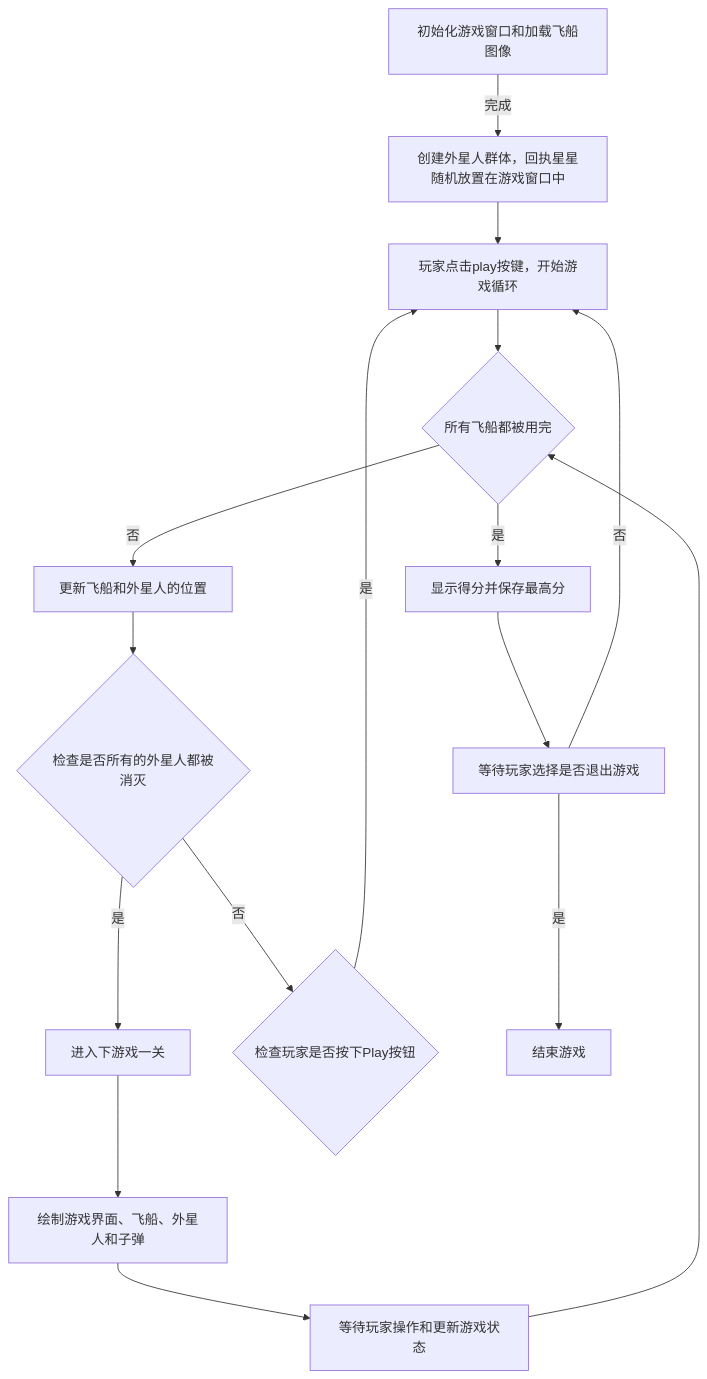
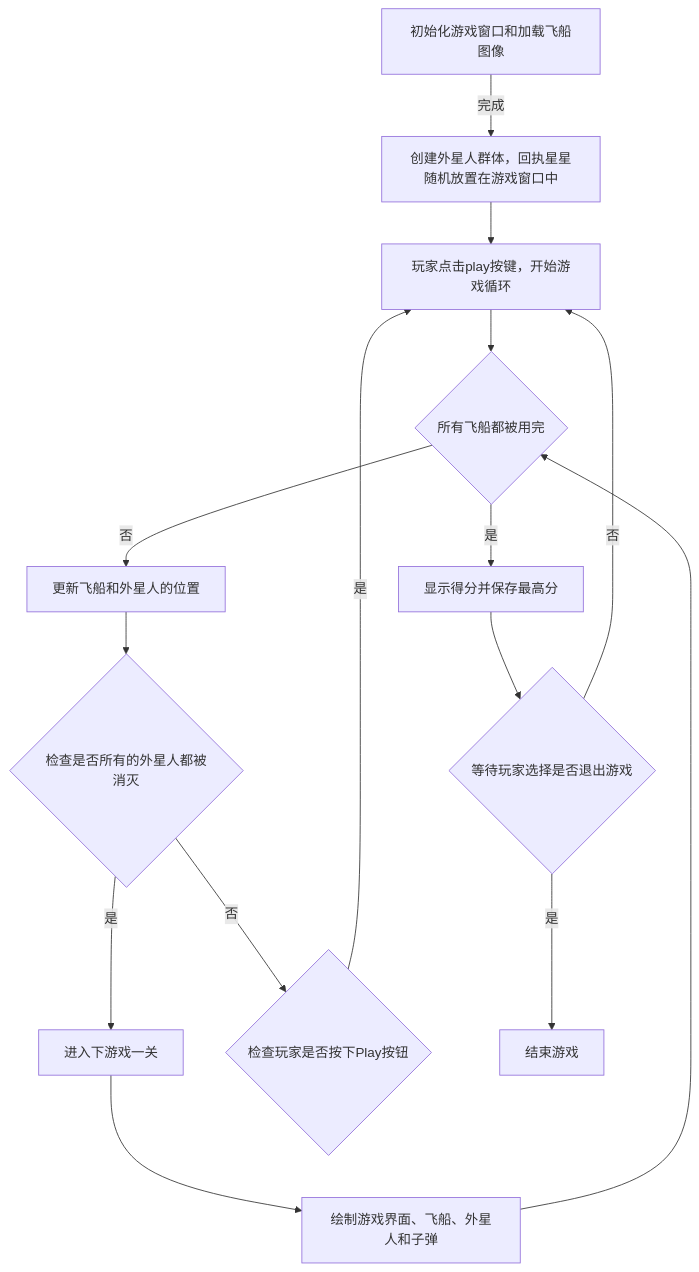
One commit to shixiaoxiya/py_course_zly_ changed the diagram in Projects/project_report.md. Above: the diagram before and after it, drawn with Mermaid. The commit also changed other lines of this file and 1 other file, not shown here.

````diff
--- a/Projects/project_report.md
+++ b/Projects/project_report.md
@@ -71,18 +98,17 @@
 ```mermaid
 graph TD
     A[初始化游戏窗口和加载飞船图像] -->|完成| B[创建外星人群体，回执星星随机放置在游戏窗口中]
     B --> C[玩家点击play按键，开始游戏循环]
     C --> D{所有飞船都被用完}
     D --否--> E[更新飞船和外星人的位置]
     E --> F{检查是否所有的外星人都被消灭}
     F --是--> G[进入下游戏一关]
     F --否--> H{检查玩家是否按下Play按钮}
     H --是--> C
     G --> I[绘制游戏界面、飞船、外星人和子弹]
-    I --> J[等待玩家操作和更新游戏状态]
-    J --> D
+    I --> D
     D --是--> K[显示得分并保存最高分]
-    K --> L[等待玩家选择是否退出游戏]
+    K --> L{等待玩家选择是否退出游戏}
     L -->|是| M[结束游戏]
     L -->|否| C
 ```
````
